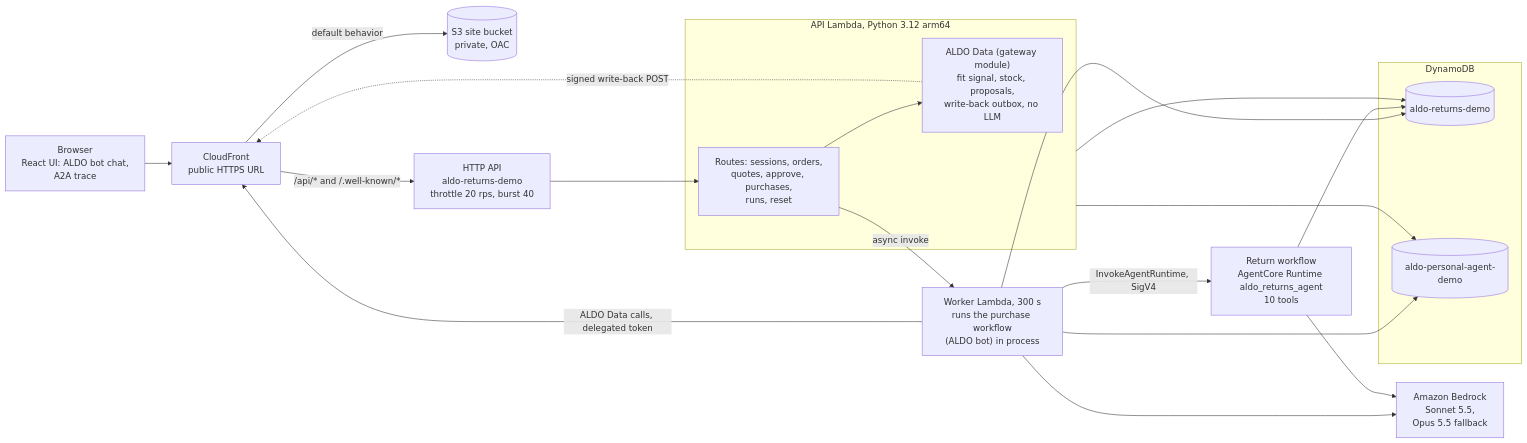
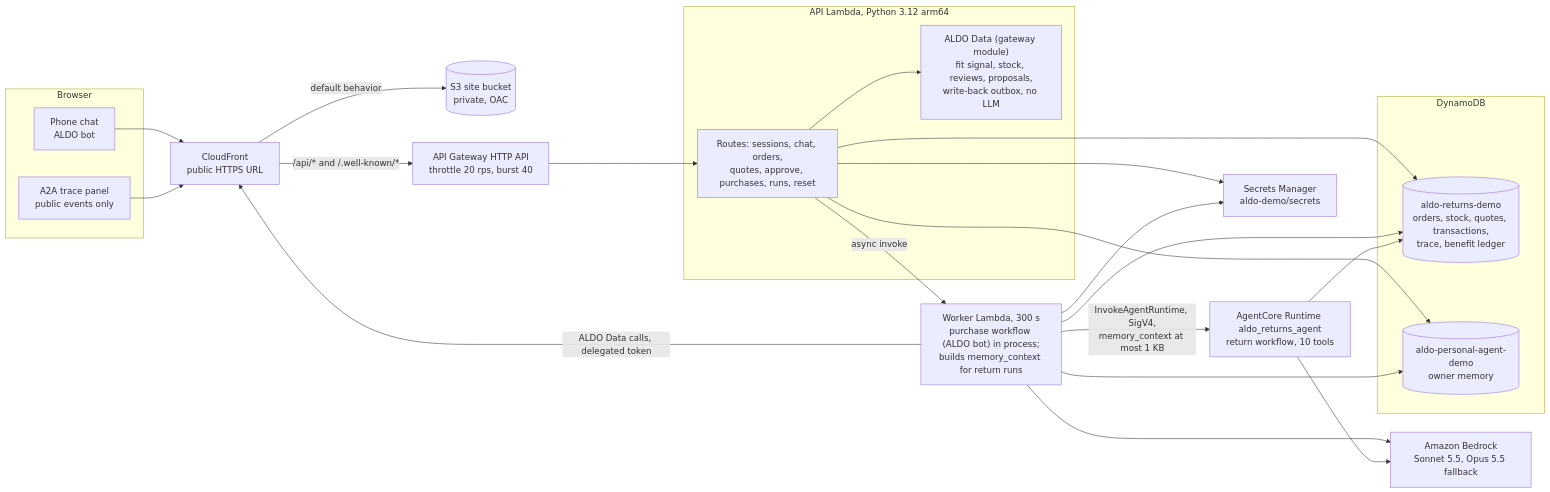
The second of 2 diagrams in README.md (MinsuKin/aldo-return-agent), drawn with Mermaid before and after one commit. The commit also changed other lines of this file and 5 other files, not shown here.

````diff
--- a/README.md
+++ b/README.md
@@ -92,39 +74,45 @@
 ```mermaid
 flowchart LR
-    browser["Browser<br/>React UI: ALDO bot chat,<br/>A2A trace"]
+    subgraph browser["Browser"]
+        phone["Phone chat<br/>ALDO bot"]
+        trace["A2A trace panel<br/>public events only"]
+    end
     cf["CloudFront<br/>public HTTPS URL"]
     s3[("S3 site bucket<br/>private, OAC")]
-    apigw["HTTP API<br/>aldo-returns-demo<br/>throttle 20 rps, burst 40"]
+    apigw["API Gateway HTTP API<br/>throttle 20 rps, burst 40"]
 
     subgraph apiLambda["API Lambda, Python 3.12 arm64"]
-        routes["Routes: sessions, orders,<br/>quotes, approve, purchases,<br/>runs, reset"]
-        gw["ALDO Data (gateway module)<br/>fit signal, stock, proposals,<br/>write-back outbox, no LLM"]
+        routes["Routes: sessions, chat, orders,<br/>quotes, approve, purchases, runs, reset"]
+        gw["ALDO Data (gateway module)<br/>fit signal, stock, reviews, proposals,<br/>write-back outbox, no LLM"]
     end
 
-    worker["Worker Lambda, 300 s<br/>runs the purchase workflow<br/>(ALDO bot) in process"]
-    rt["Return workflow<br/>AgentCore Runtime aldo_returns_agent<br/>10 tools"]
+    worker["Worker Lambda, 300 s<br/>purchase workflow (ALDO bot) in process;<br/>builds memory_context for return runs"]
+    rt["AgentCore Runtime aldo_returns_agent<br/>return workflow, 10 tools"]
 
     subgraph data["DynamoDB"]
-        t1[("aldo-returns-demo")]
-        t2[("aldo-personal-agent-demo")]
+        t1[("aldo-returns-demo<br/>orders, stock, quotes, transactions,<br/>trace, benefit ledger")]
+        t2[("aldo-personal-agent-demo<br/>owner memory")]
     end
 
-    br["Amazon Bedrock<br/>Sonnet 5.5,<br/>Opus 5.5 fallback"]
+    sm["Secrets Manager<br/>aldo-demo/secrets"]
+    br["Amazon Bedrock<br/>Sonnet 5.5, Opus 5.5 fallback"]
 
-    browser --> cf
+    phone --> cf
+    trace --> cf
     cf -->|"default behavior"| s3
     cf -->|"/api/* and /.well-known/*"| apigw
     apigw --> routes
     routes --> gw
     routes -->|"async invoke"| worker
-    worker -->|"InvokeAgentRuntime, SigV4"| rt
+    worker -->|"InvokeAgentRuntime, SigV4,<br/>memory_context at most 1 KB"| rt
     worker -->|"ALDO Data calls, delegated token"| cf
-    gw -.->|"signed write-back POST"| cf
-    apiLambda --> t1
-    apiLambda --> t2
+    routes --> t1
+    routes --> t2
     worker --> t1
     worker --> t2
     rt --> t1
     worker --> br
     rt --> br
+    routes --> sm
+    worker --> sm
 ```
````
